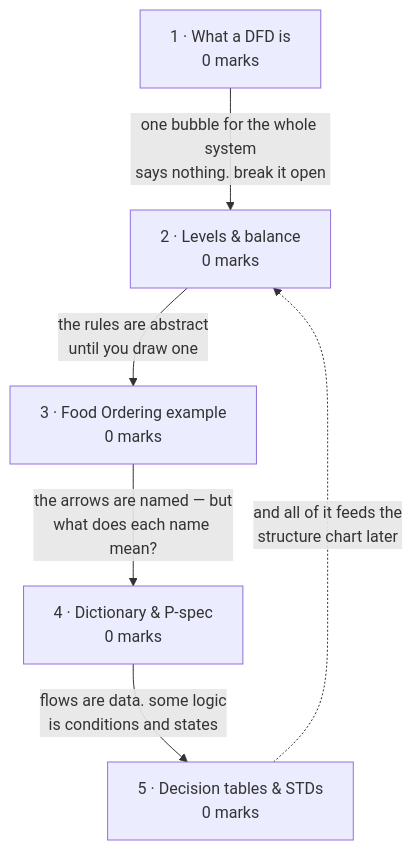
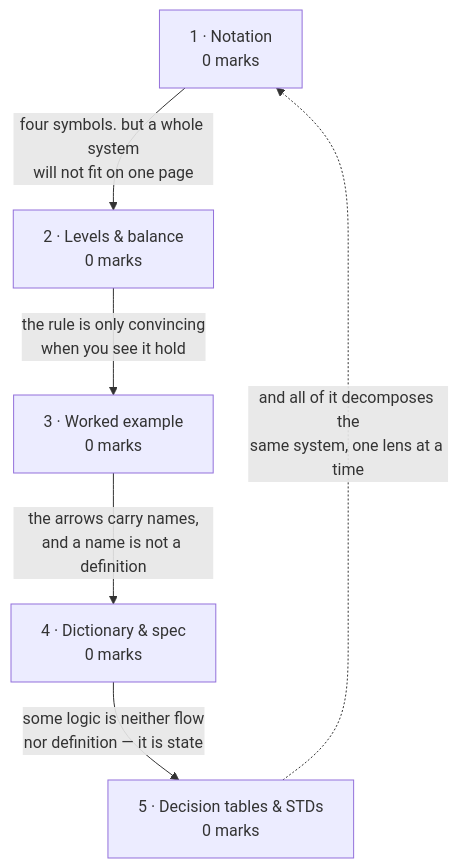
The first of 3 diagrams in wiki/topics/Analysis Modeling/Flow-Oriented Modeling & DFD.md (abhiyansh-coding/SE_ob_vault), drawn with Mermaid before and after one commit. The commit also changed other lines of this file and 35 other files, not shown here.

First line of the commit message:
rebuild: replace the CN-derived schema with an SE-native one

````diff
--- a/wiki/topics/Analysis Modeling/Flow-Oriented Modeling & DFD.md
+++ b/wiki/topics/Analysis Modeling/Flow-Oriented Modeling & DFD.md
@@ -117,14 +154,14 @@
 ```mermaid
 graph TD
-    S1["1 · What a DFD is<br/>0 marks"]
+    S1["1 · Notation<br/>0 marks"]
     S2["2 · Levels & balance<br/>0 marks"]
-    S3["3 · Food Ordering example<br/>0 marks"]
-    S4["4 · Dictionary & P-spec<br/>0 marks"]
+    S3["3 · Worked example<br/>0 marks"]
+    S4["4 · Dictionary & spec<br/>0 marks"]
     S5["5 · Decision tables & STDs<br/>0 marks"]
 
-    S1 -->|"one bubble for the whole system<br/>says nothing. break it open"| S2
-    S2 -->|"the rules are abstract<br/>until you draw one"| S3
-    S3 -->|"the arrows are named — but<br/>what does each name mean?"| S4
-    S4 -->|"flows are data. some logic<br/>is conditions and states"| S5
-    S5 -.->|"and all of it feeds the<br/>structure chart later"| S2
+    S1 -->|"four symbols. but a whole system<br/>will not fit on one page"| S2
+    S2 -->|"the rule is only convincing<br/>when you see it hold"| S3
+    S3 -->|"the arrows carry names,<br/>and a name is not a definition"| S4
+    S4 -->|"some logic is neither flow<br/>nor definition — it is state"| S5
+    S5 -.->|"and all of it decomposes the<br/>same system, one lens at a time"| S1
 ```
````
